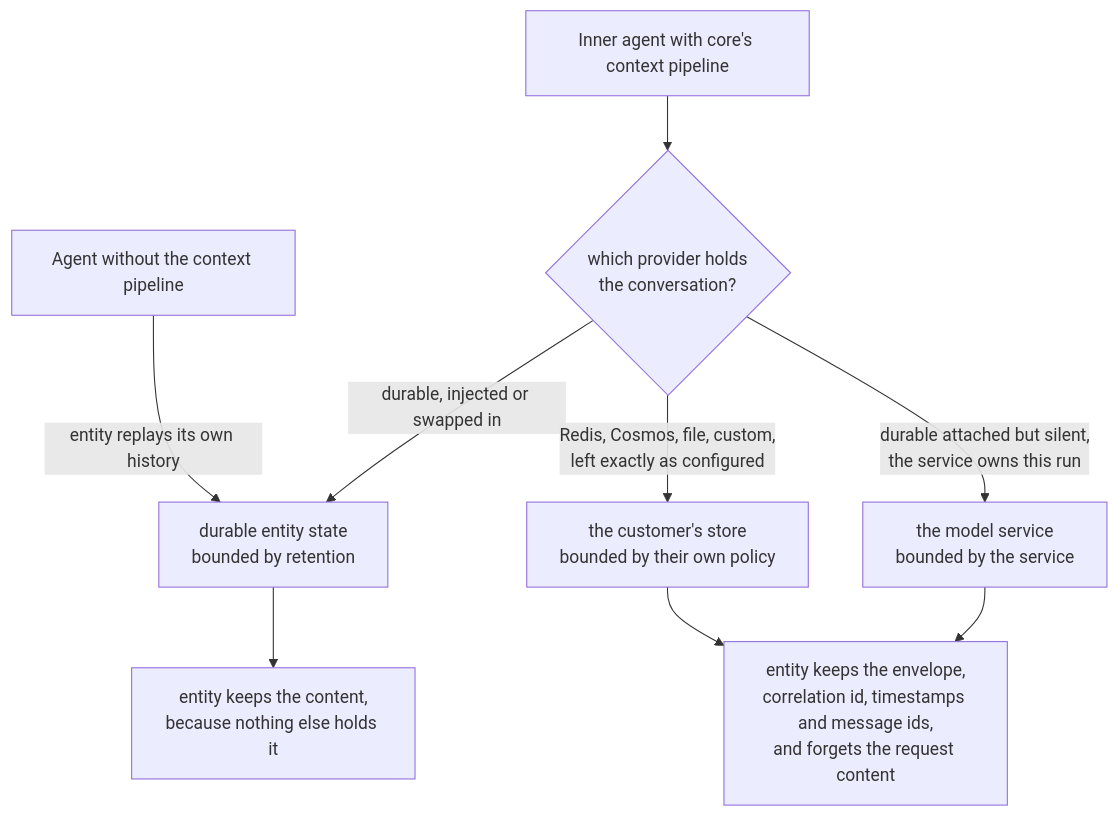
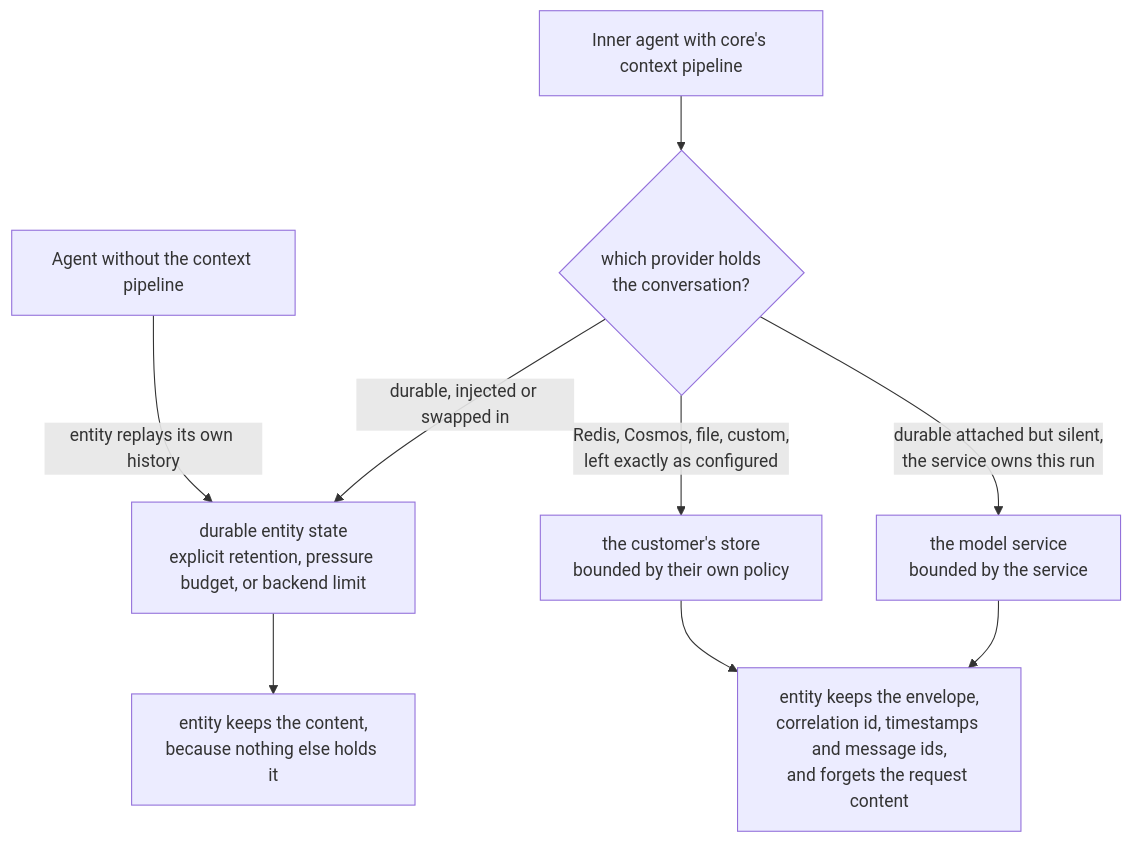
Before and after one commit to microsoft/agent-framework-durable-extension: the second of 5 diagrams in docs/decisions/0032-durable-thread-compaction.md, drawn with Mermaid. The commit also changed other lines of this file, not shown here.

````diff
--- a/docs/decisions/0032-durable-thread-compaction.md
+++ b/docs/decisions/0032-durable-thread-compaction.md
@@ -216,16 +220,16 @@
 ```mermaid
 flowchart TB
     AGENT["Inner agent with core's context pipeline"]
     NOPIPE["Agent without the context pipeline"]
     SLOT{"which provider holds<br/>the conversation?"}
 
     AGENT --> SLOT
-    SLOT -->|"durable, injected or swapped in"| ES["durable entity state<br/>bounded by retention"]
+    SLOT -->|"durable, injected or swapped in"| ES["durable entity state<br/>explicit retention, pressure budget, or backend limit"]
     SLOT -->|"Redis, Cosmos, file, custom,<br/>left exactly as configured"| EXT["the customer's store<br/>bounded by their own policy"]
     SLOT -->|"durable attached but silent,<br/>the service owns this run"| SVC["the model service<br/>bounded by the service"]
     NOPIPE -->|"entity replays its own history"| ES
 
     ES --> KEEPALL["entity keeps the content,<br/>because nothing else holds it"]
     EXT --> KEEPENV["entity keeps the envelope,<br/>correlation id, timestamps and message ids,<br/>and forgets the request content"]
     SVC --> KEEPENV
 ```
````
